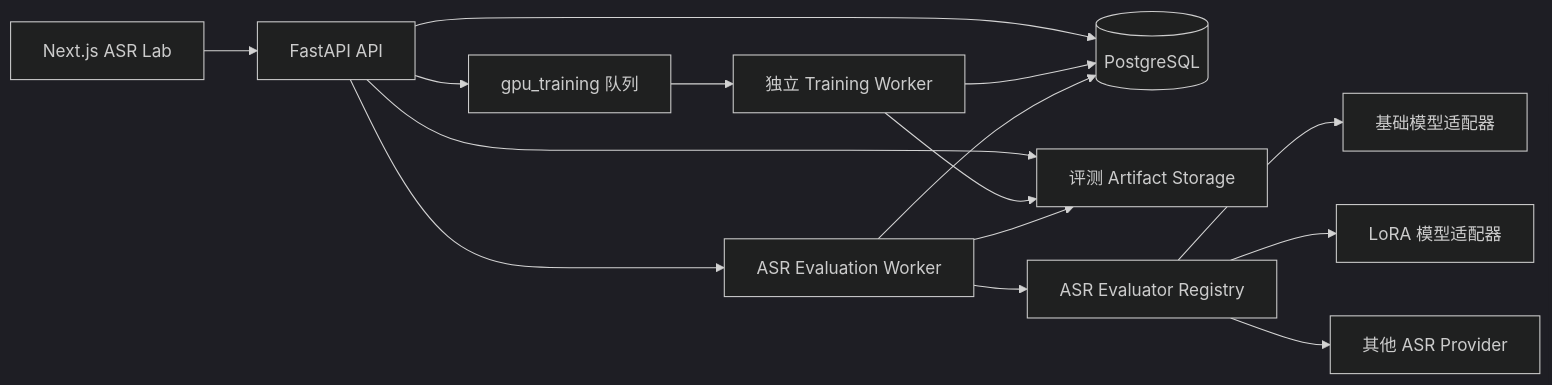
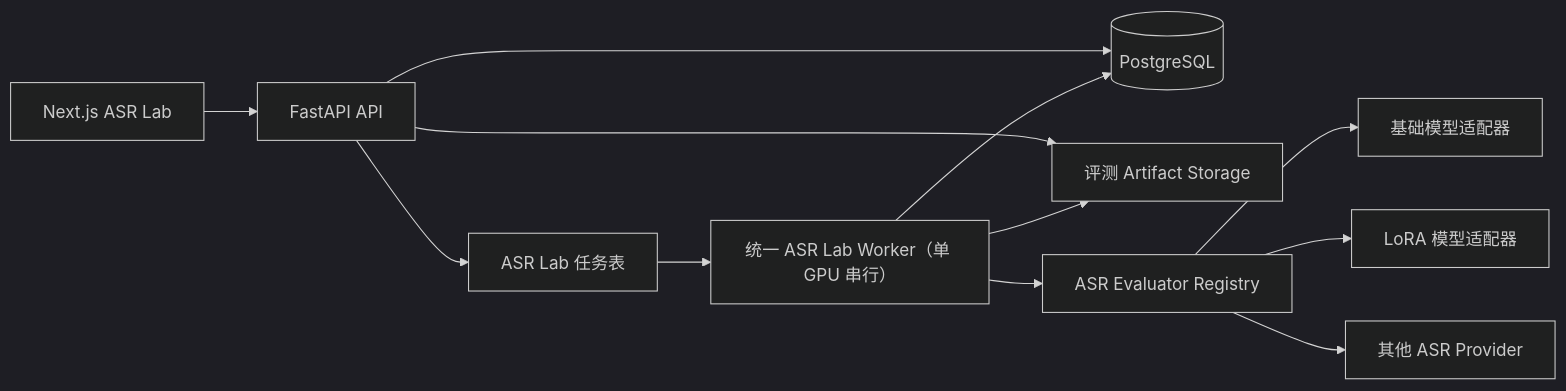
The first of 3 diagrams in docs/asr-lab-evaluation-training-platform-design.md (Sxs7513/AIRecordSummary), drawn with Mermaid (dark theme) before and after one commit. The commit also changed other lines of this file and 41 other files, not shown here.

Commit message:
feat: add eval && asr train

````diff
--- a/docs/asr-lab-evaluation-training-platform-design.md
+++ b/docs/asr-lab-evaluation-training-platform-design.md
@@ -122,18 +164,15 @@
 ```mermaid
 flowchart LR
     UI["Next.js ASR Lab"] --> API["FastAPI API"]
     API --> DB[("PostgreSQL")]
     API --> Storage["评测 Artifact Storage"]
-    API --> Queue["gpu_training 队列"]
-    Queue --> Worker["独立 Training Worker"]
+    API --> Queue["ASR Lab 任务表"]
+    Queue --> Worker["统一 ASR Lab Worker（单 GPU 串行）"]
+    Worker --> Registry["ASR Evaluator Registry"]
     Worker --> Storage
     Worker --> DB
-    API --> EvalWorker["ASR Evaluation Worker"]
-    EvalWorker --> Registry["ASR Evaluator Registry"]
-    EvalWorker --> Storage
-    EvalWorker --> DB
 
     Registry --> Base["基础模型适配器"]
     Registry --> Lora["LoRA 模型适配器"]
     Registry --> Future["其他 ASR Provider"]
 ```
````
